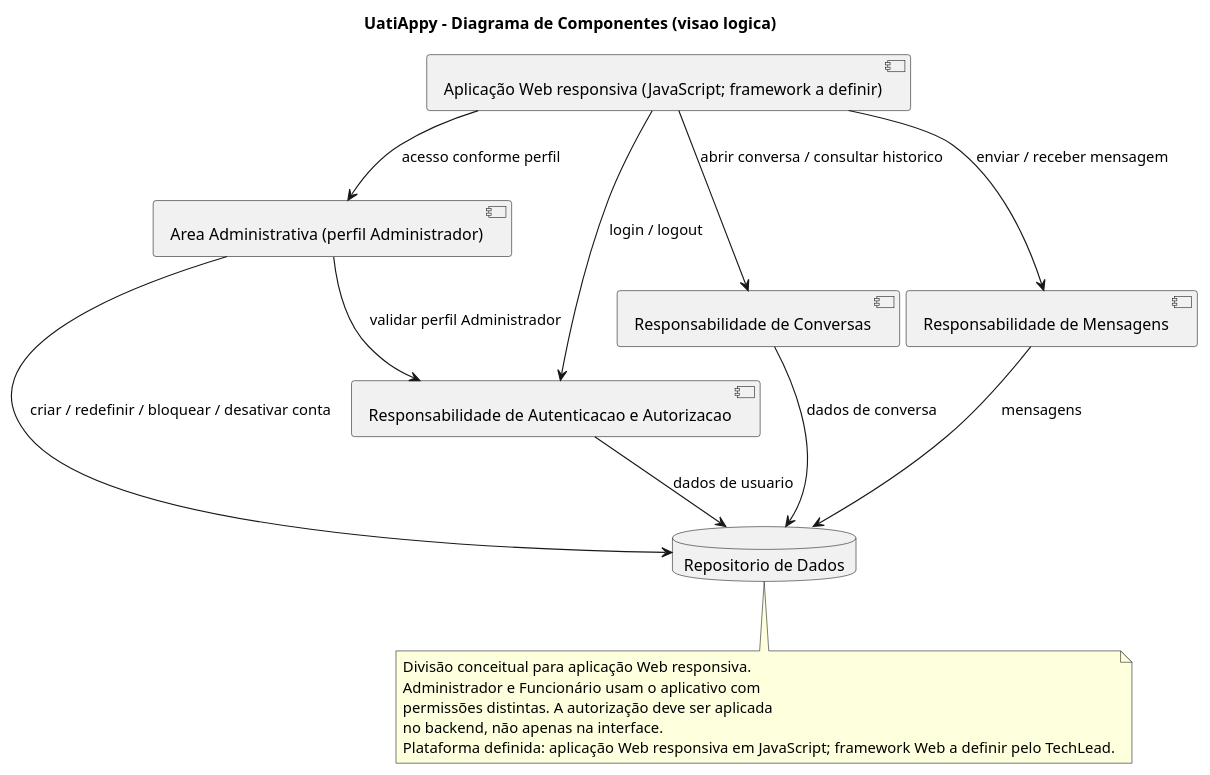
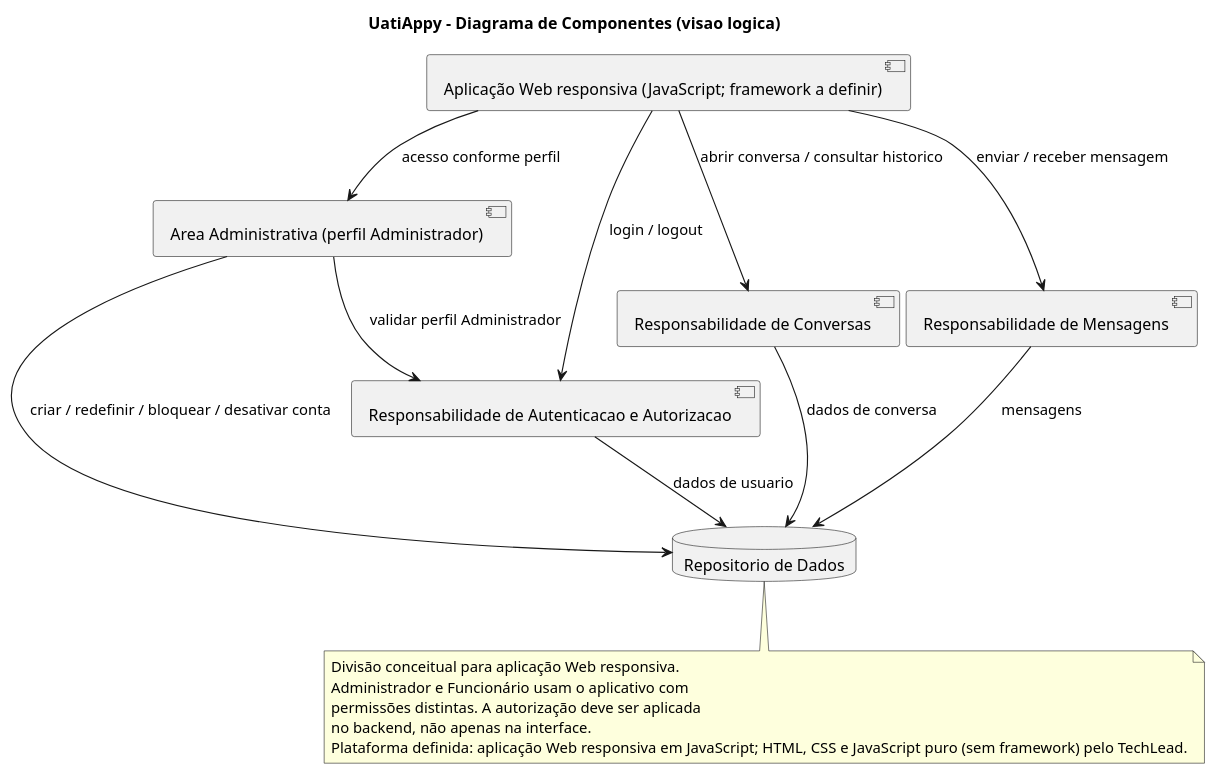
Before and after one commit to daviwanziler/uatiappy-vdois: the second of 10 diagrams in Docs/requisitos/escopo-mvp.md, drawn with PlantUML. The commit also changed other lines of this file, not shown here.

Commit message:
docs: alinhar stack web com javascript puro

````diff
--- a/Docs/requisitos/escopo-mvp.md
+++ b/Docs/requisitos/escopo-mvp.md
@@ -277,30 +277,30 @@
 ```plantuml
 @startuml
 title UatiAppy - Diagrama de Componentes (visao logica)
 
 component "Aplicação Web responsiva (JavaScript; framework a definir)" as UI
 component "Area Administrativa (perfil Administrador)" as ADMINUI
 component "Responsabilidade de Autenticacao e Autorizacao" as AUTH
 component "Responsabilidade de Conversas" as CONV
 component "Responsabilidade de Mensagens" as MSG
 database "Repositorio de Dados" as DATA
 
 UI --> AUTH : login / logout
 UI --> ADMINUI : acesso conforme perfil
 ADMINUI --> AUTH : validar perfil Administrador
 ADMINUI --> DATA : criar / redefinir / bloquear / desativar conta
 UI --> CONV : abrir conversa / consultar historico
 UI --> MSG : enviar / receber mensagem
 AUTH --> DATA : dados de usuario
 CONV --> DATA : dados de conversa
 MSG --> DATA : mensagens
 
 note bottom
   Divisão conceitual para aplicação Web responsiva.
   Administrador e Funcionário usam o aplicativo com
   permissões distintas. A autorização deve ser aplicada
   no backend, não apenas na interface.
-  Plataforma definida: aplicação Web responsiva em JavaScript; framework Web a definir pelo TechLead.
+  Plataforma definida: aplicação Web responsiva em JavaScript; HTML, CSS e JavaScript puro (sem framework) pelo TechLead.
 end note
 @enduml
 ```
````
